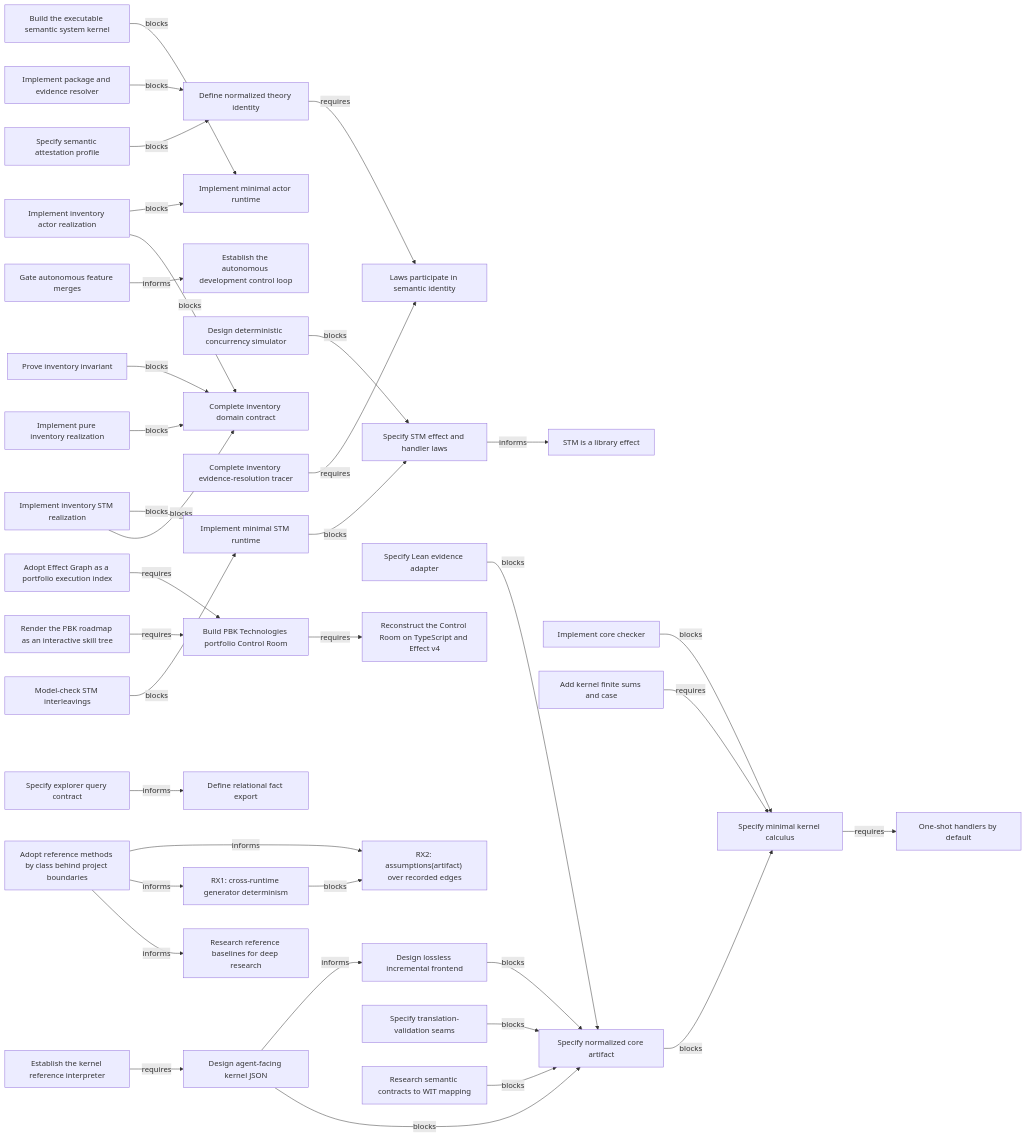
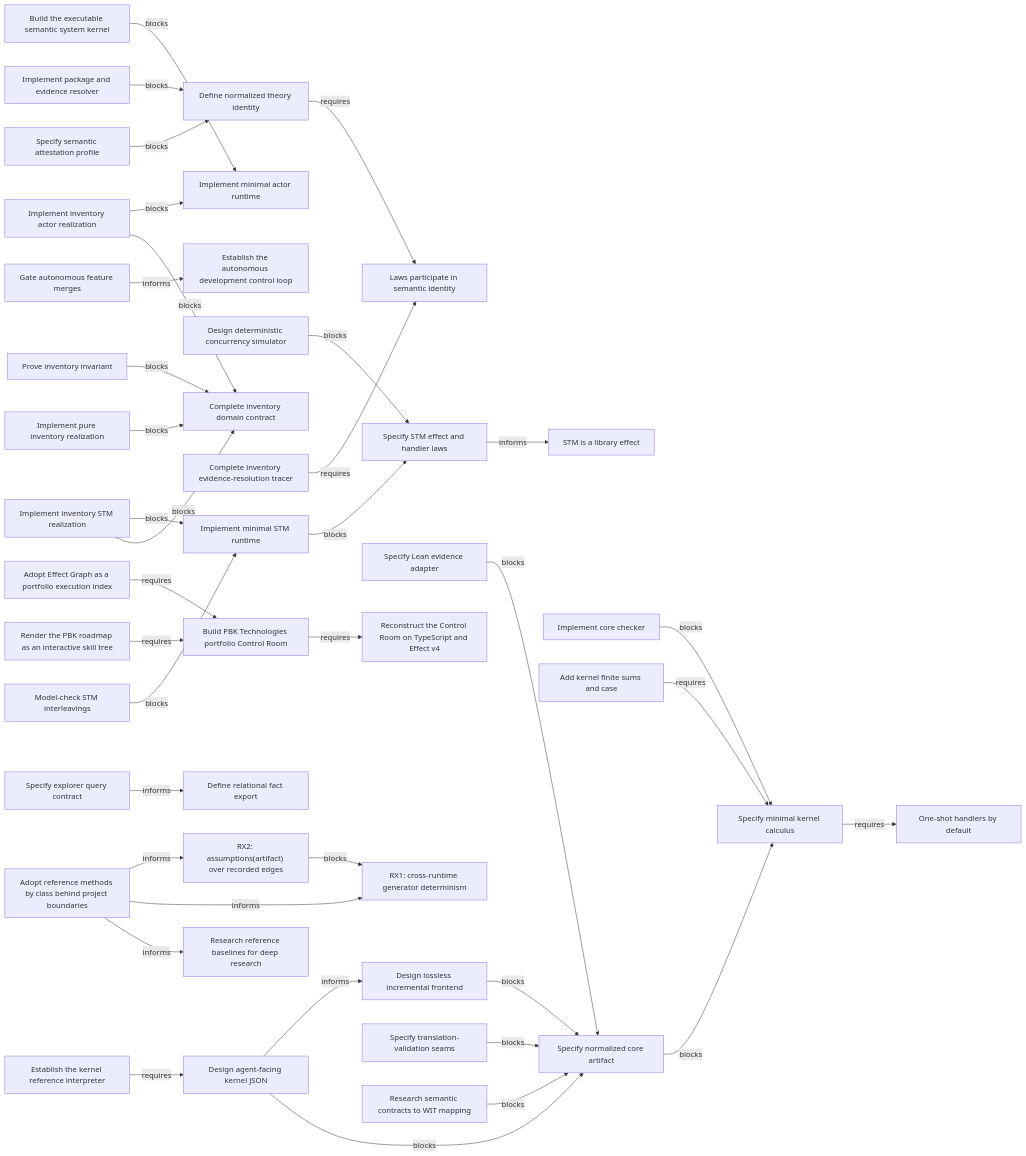
One commit to phibkro/semantic-systems changed the diagram in generated/05-work-dependencies.md. Above: the diagram before and after it, drawn with Mermaid. The commit also changed 2 other files, not shown here.

Commit message:
fix(project-model): orient research dependency

````diff
--- a/generated/05-work-dependencies.md
+++ b/generated/05-work-dependencies.md
@@ -5,78 +5,78 @@
 ```mermaid
 flowchart LR
     decision_gated_autonomous_merges["Gate autonomous feature merges"]
     decision_one_shot["One-shot handlers by default"]
     decision_reference_method_adoption["Adopt reference methods by class behind project boundaries"]
     decision_stm_library["STM is a library effect"]
     decision_theory_identity["Laws participate in semantic identity"]
     work_actor_runtime["Implement minimal actor runtime"]
     work_agent_facing_kernel_json["Design agent-facing kernel JSON"]
     work_autonomous_development_loop["Establish the autonomous development control loop"]
     work_control_room_interactive_skill_tree["Render the PBK roadmap as an interactive skill tree"]
     work_control_room_reconstruction["Reconstruct the Control Room on TypeScript and Effect v4"]
     work_core_checker["Implement core checker"]
     work_deterministic_simulator_spec["Design deterministic concurrency simulator"]
     work_effect_graph_execution_index["Adopt Effect Graph as a portfolio execution index"]
     work_executable_semantic_system_kernel["Build the executable semantic system kernel"]
     work_explorer_query_contract["Specify explorer query contract"]
     work_inventory_actor["Implement inventory actor realization"]
     work_inventory_design["Complete inventory domain contract"]
     work_inventory_proof["Prove inventory invariant"]
     work_inventory_pure["Implement pure inventory realization"]
     work_inventory_resolution_tracer["Complete inventory evidence-resolution tracer"]
     work_inventory_stm["Implement inventory STM realization"]
     work_kernel_finite_sums["Add kernel finite sums and case"]
     work_kernel_reference_interpreter["Establish the kernel reference interpreter"]
     work_kernel_spec["Specify minimal kernel calculus"]
     work_lean_evidence_adapter["Specify Lean evidence adapter"]
     work_lossless_frontend_spec["Design lossless incremental frontend"]
     work_normalized_core_format["Specify normalized core artifact"]
     work_package_resolver["Implement package and evidence resolver"]
     work_pbk_portfolio_control_room["Build PBK Technologies portfolio Control Room"]
     work_reference_baselines_deep_research["Research reference baselines for deep research"]
     work_relational_fact_schema["Define relational fact export"]
     work_rx1_generator_determinism["RX1: cross-runtime generator determinism"]
     work_rx2_assumption_query["RX2: assumptions(artifact) over recorded edges"]
     work_semantic_attestation_profile["Specify semantic attestation profile"]
     work_stm_laws["Specify STM effect and handler laws"]
     work_stm_model_check["Model-check STM interleavings"]
     work_stm_runtime["Implement minimal STM runtime"]
     work_theory_identity["Define normalized theory identity"]
     work_translation_validation_spec["Specify translation-validation seams"]
     work_wasm_contract_mapping["Research semantic contracts to WIT mapping"]
     work_control_room_interactive_skill_tree -->|requires| work_pbk_portfolio_control_room
     decision_gated_autonomous_merges -->|informs| work_autonomous_development_loop
     work_effect_graph_execution_index -->|requires| work_pbk_portfolio_control_room
     work_executable_semantic_system_kernel -->|blocks| work_actor_runtime
     work_inventory_resolution_tracer -->|requires| decision_theory_identity
     work_kernel_finite_sums -->|requires| work_kernel_spec
     work_kernel_reference_interpreter -->|requires| work_agent_facing_kernel_json
     work_pbk_portfolio_control_room -->|requires| work_control_room_reconstruction
     work_normalized_core_format -->|blocks| work_kernel_spec
     work_lossless_frontend_spec -->|blocks| work_normalized_core_format
     work_agent_facing_kernel_json -->|blocks| work_normalized_core_format
     work_agent_facing_kernel_json -->|informs| work_lossless_frontend_spec
     work_lean_evidence_adapter -->|blocks| work_normalized_core_format
     work_translation_validation_spec -->|blocks| work_normalized_core_format
     work_semantic_attestation_profile -->|blocks| work_theory_identity
     work_wasm_contract_mapping -->|blocks| work_normalized_core_format
     work_deterministic_simulator_spec -->|blocks| work_stm_laws
     work_explorer_query_contract -->|informs| work_relational_fact_schema
     decision_reference_method_adoption -->|informs| work_reference_baselines_deep_research
     decision_reference_method_adoption -->|informs| work_rx1_generator_determinism
     decision_reference_method_adoption -->|informs| work_rx2_assumption_query
-    work_rx1_generator_determinism -->|blocks| work_rx2_assumption_query
+    work_rx2_assumption_query -->|blocks| work_rx1_generator_determinism
     work_core_checker -->|blocks| work_kernel_spec
     work_kernel_spec -->|requires| decision_one_shot
     work_theory_identity -->|requires| decision_theory_identity
     work_package_resolver -->|blocks| work_theory_identity
     work_inventory_pure -->|blocks| work_inventory_design
     work_inventory_actor -->|blocks| work_inventory_design
     work_inventory_actor -->|blocks| work_actor_runtime
     work_stm_laws -->|informs| decision_stm_library
     work_stm_runtime -->|blocks| work_stm_laws
     work_inventory_stm -->|blocks| work_inventory_design
     work_inventory_stm -->|blocks| work_stm_runtime
     work_inventory_proof -->|blocks| work_inventory_design
     work_stm_model_check -->|blocks| work_stm_runtime
 ```
````
